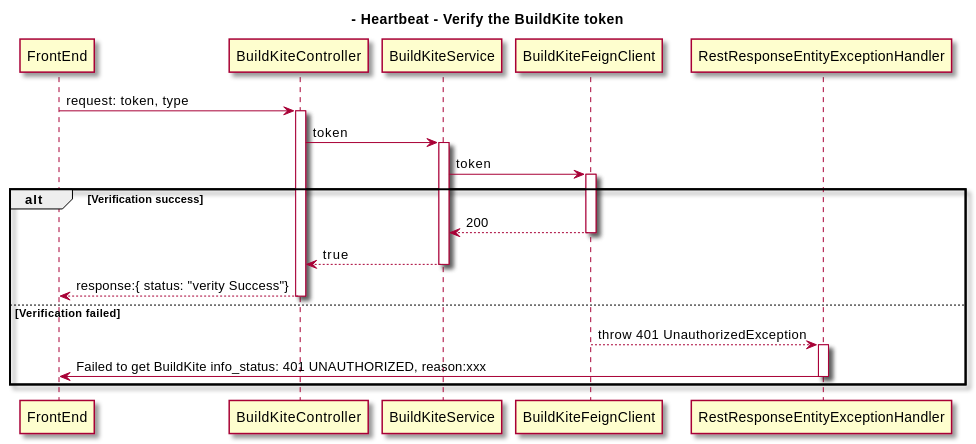
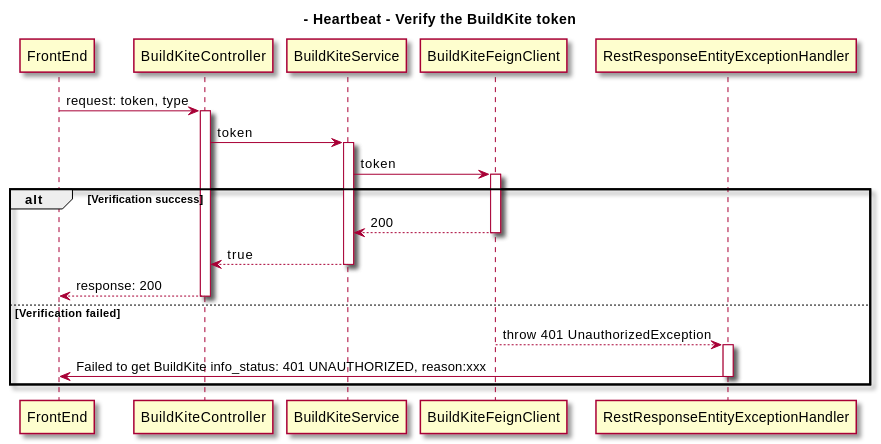
The first of 2 diagrams in docs/src/content/docs/en/spikes/tech-spikes-split-verify-of-buildkite.mdx (thoughtworks/HeartBeat), drawn with PlantUML before and after one commit. The commit also changed other lines of this file, not shown here.

First line of the commit message:
Adm-678[docs]: fix path and response (#835)

````diff
--- a/docs/src/content/docs/en/spikes/tech-spikes-split-verify-of-buildkite.mdx
+++ b/docs/src/content/docs/en/spikes/tech-spikes-split-verify-of-buildkite.mdx
@@ -31,36 +26,36 @@
 ```plantuml
 @startuml
 skin rose
 title - Heartbeat - Verify the BuildKite token
 
 participant FrontEnd
 participant BuildKiteController
 participant BuildKiteService
 participant BuildKiteFeignClient
 participant RestResponseEntityExceptionHandler
 
 ' group Verify the validity of the token
     FrontEnd -> BuildKiteController: request: token, type
     activate BuildKiteController
     BuildKiteController -> BuildKiteService: token
     activate BuildKiteService
     BuildKiteService -> BuildKiteFeignClient: token
     activate BuildKiteFeignClient
 alt Verification success
     BuildKiteFeignClient --> BuildKiteService: 200
     deactivate BuildKiteFeignClient
     BuildKiteService --> BuildKiteController: true
     deactivate BuildKiteService
-    BuildKiteController --> FrontEnd: response:{ status: "verity Success"}
+    BuildKiteController --> FrontEnd: response: 200
     deactivate BuildKiteController
 else Verification failed
     BuildKiteFeignClient --> RestResponseEntityExceptionHandler: throw 401 UnauthorizedException
     deactivate BuildKiteFeignClient
     activate RestResponseEntityExceptionHandler
     RestResponseEntityExceptionHandler -> FrontEnd: Failed to get BuildKite info_status: 401 UNAUTHORIZED, reason:xxx
     deactivate RestResponseEntityExceptionHandler
     ' deactivate BuildKiteService
     ' deactivate BuildKiteController
 end
 @enduml
 ```
````
